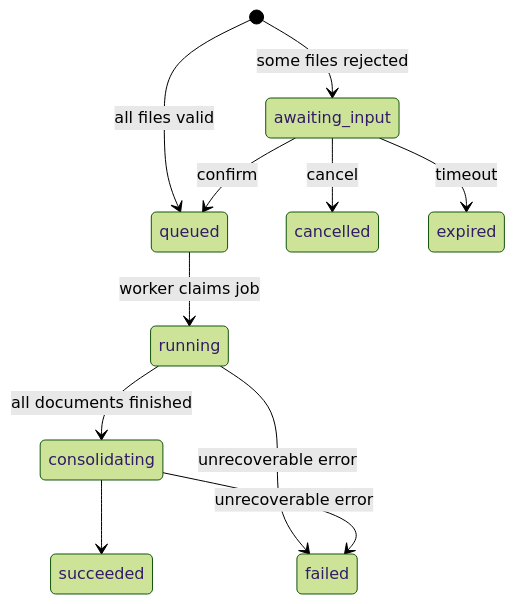
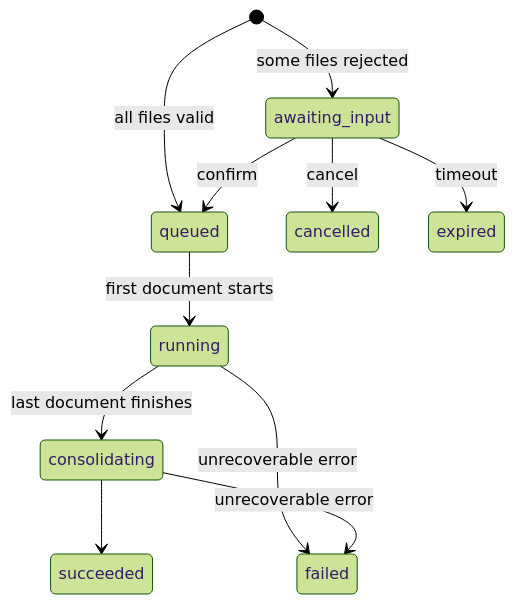
One commit to nc1z/doc-insight changed diagram 11 of 13 in context/architecture.md. Above: the diagram before and after it, drawn with Mermaid (forest theme). The commit also changed other lines of this file and 2 other files, not shown here.

Commit message:
docs: one task per document for better scalability, concurrent processing and failure isolation

````diff
--- a/context/architecture.md
+++ b/context/architecture.md
@@ -282,13 +283,13 @@
 ```mermaid
 stateDiagram-v2
     [*] --> awaiting_input: some files rejected
     [*] --> queued: all files valid
     awaiting_input --> queued: confirm
     awaiting_input --> cancelled: cancel
     awaiting_input --> expired: timeout
-    queued --> running: worker claims job
-    running --> consolidating: all documents finished
+    queued --> running: first document starts
+    running --> consolidating: last document finishes
     consolidating --> succeeded
     running --> failed: unrecoverable error
     consolidating --> failed: unrecoverable error
 ```
````
